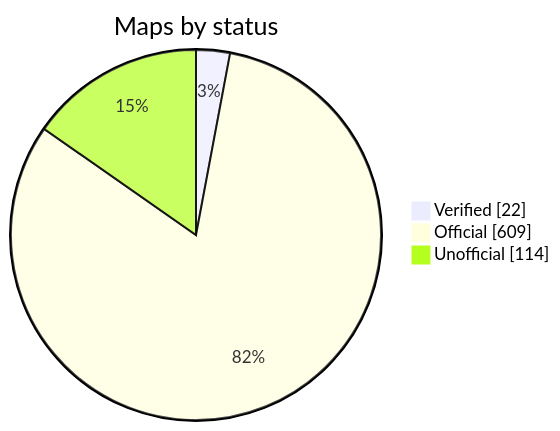
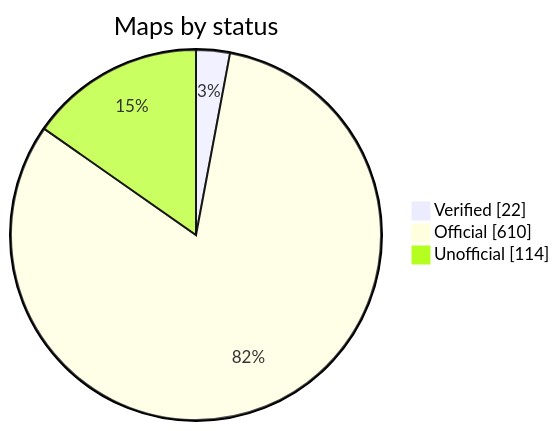
The diagram in README.md (nobrega8/mbmap-library), drawn with Mermaid before and after one commit. The commit also changed 6 other files, not shown here.

````diff
--- a/README.md
+++ b/README.md
@@ -52,7 +52,7 @@
 ```mermaid
 pie showData
     title Maps by status
     "Verified" : 22
-    "Official" : 609
+    "Official" : 610
     "Unofficial" : 114
 ```
````
